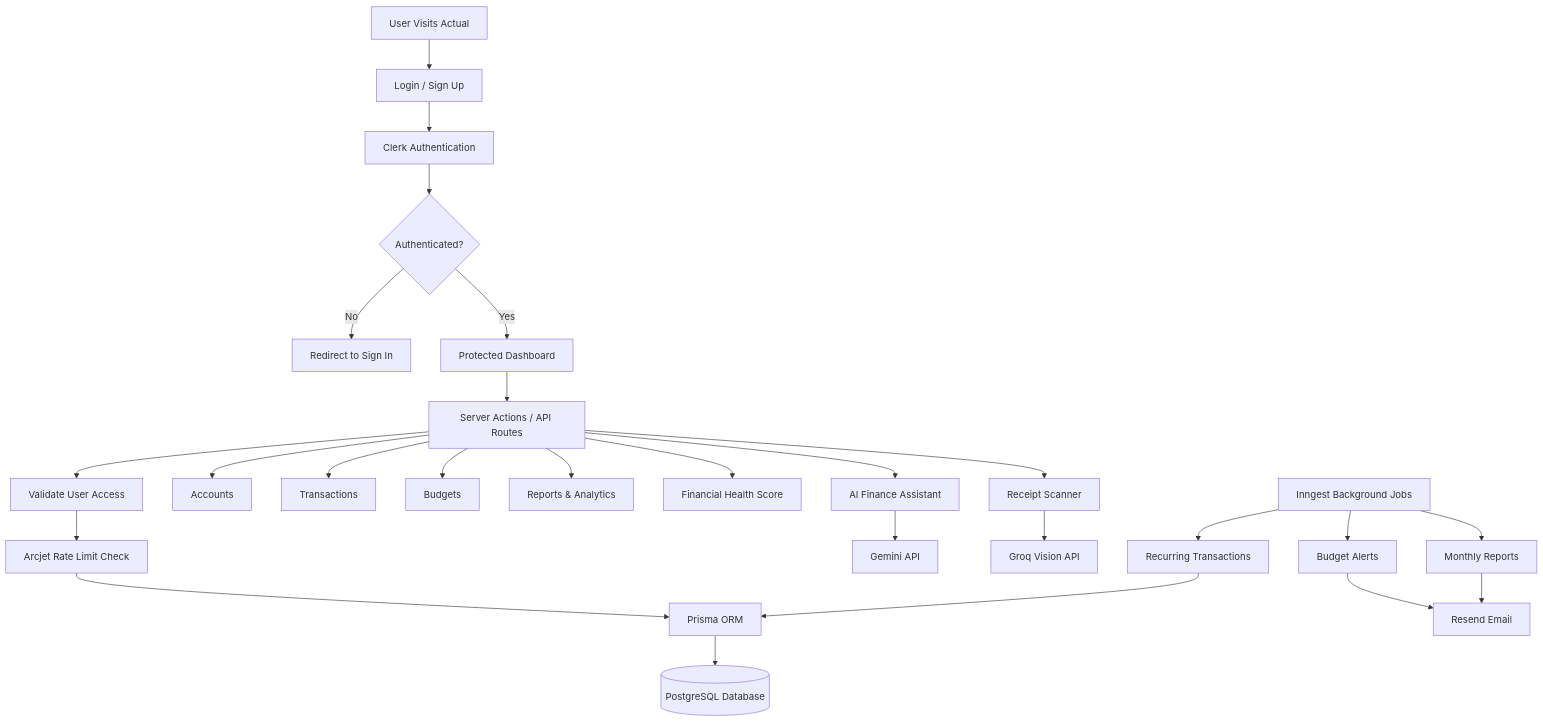
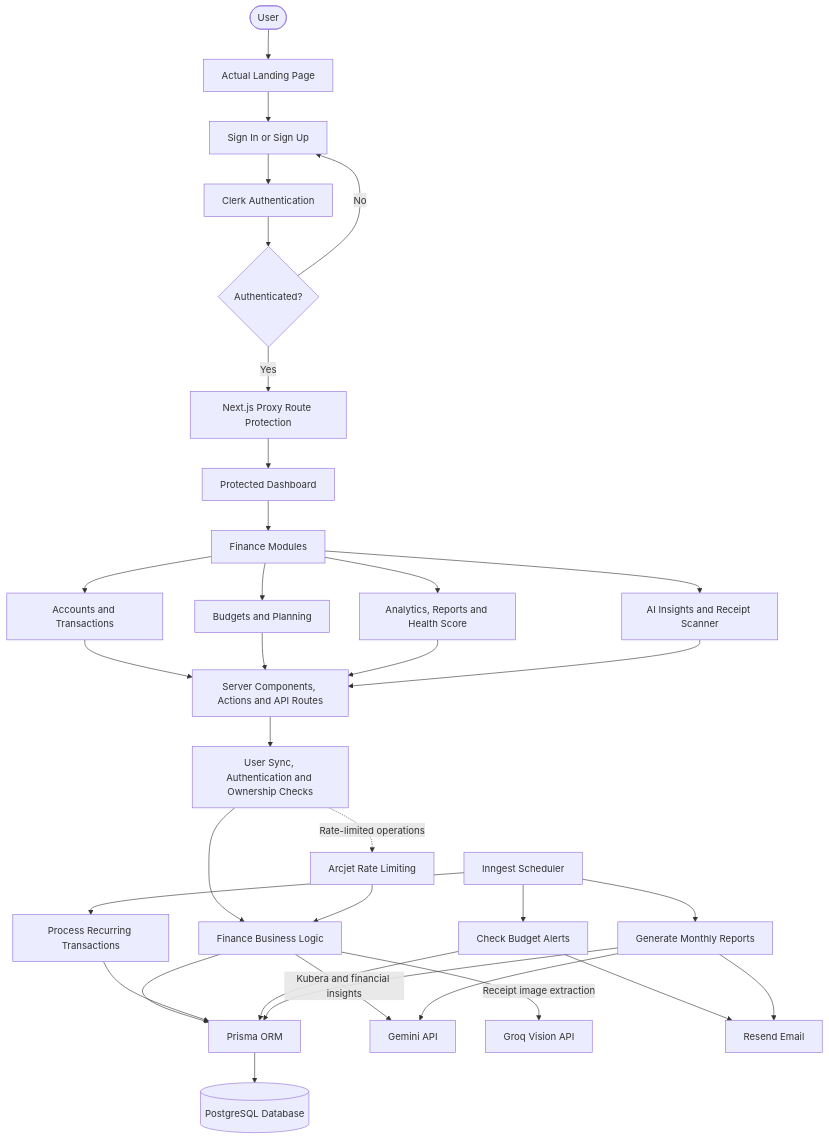
One commit to debarghya131/Actual changed the first of 5 diagrams in README.md. Above: the diagram before and after it, drawn with Mermaid. The commit also changed other lines of this file, not shown here.

Commit message:
docs: enhance README diagrams, structure, ERD, and author section

````diff
--- a/README.md
+++ b/README.md
@@ -99,32 +64,43 @@
 ```mermaid
-flowchart TD
-    A[User Visits Actual] --> B[Login / Sign Up]
-    B --> C[Clerk Authentication]
-    C --> D{Authenticated?}
-    D -->|No| E[Redirect to Sign In]
-    D -->|Yes| F[Protected Dashboard]
+flowchart TB
+    USER([User]) --> LANDING[Actual Landing Page]
+    LANDING --> LOGIN[Sign In or Sign Up]
+    LOGIN --> CLERK[Clerk Authentication]
+    CLERK --> ACCESS{Authenticated?}
+    ACCESS -->|No| LOGIN
+    ACCESS -->|Yes| PROXY[Next.js Proxy Route Protection]
+    PROXY --> DASHBOARD[Protected Dashboard]
 
-    F --> G[Server Actions / API Routes]
-    G --> H[Validate User Access]
-    H --> I[Arcjet Rate Limit Check]
-    I --> J[Prisma ORM]
-    J --> K[(PostgreSQL Database)]
+    DASHBOARD --> MODULES[Finance Modules]
+    MODULES --> ACCOUNTS[Accounts and Transactions]
+    MODULES --> BUDGETS[Budgets and Planning]
+    MODULES --> ANALYTICS[Analytics, Reports and Health Score]
+    MODULES --> AI[AI Insights and Receipt Scanner]
 
-    G --> L[Accounts]
-    G --> M[Transactions]
-    G --> N[Budgets]
-    G --> O[Reports & Analytics]
-    G --> P[Financial Health Score]
-    G --> Q[AI Finance Assistant]
-    G --> R[Receipt Scanner]
+    ACCOUNTS --> SERVER[Server Components, Actions and API Routes]
+    BUDGETS --> SERVER
+    ANALYTICS --> SERVER
+    AI --> SERVER
 
-    Q --> S[Gemini API]
-    R --> T[Groq Vision API]
+    SERVER --> AUTHZ[User Sync, Authentication and Ownership Checks]
+    AUTHZ --> LOGIC[Finance Business Logic]
+    AUTHZ -. Rate-limited operations .-> ARCJET[Arcjet Rate Limiting]
+    ARCJET --> LOGIC
 
-    U[Inngest Background Jobs] --> V[Recurring Transactions]
-    U --> W[Budget Alerts]
-    U --> X[Monthly Reports]
-    V --> J
-    W --> Y[Resend Email]
-    X --> Y
+    LOGIC --> PRISMA[Prisma ORM]
+    PRISMA --> DATABASE[(PostgreSQL Database)]
+
+    LOGIC -->|Kubera and financial insights| GEMINI[Gemini API]
+    LOGIC -->|Receipt image extraction| GROQ[Groq Vision API]
+
+    INNGEST[Inngest Scheduler] --> RECURRING[Process Recurring Transactions]
+    INNGEST --> ALERTS[Check Budget Alerts]
+    INNGEST --> REPORTS[Generate Monthly Reports]
+
+    RECURRING --> PRISMA
+    ALERTS --> PRISMA
+    REPORTS --> PRISMA
+    REPORTS --> GEMINI
+    ALERTS --> RESEND[Resend Email]
+    REPORTS --> RESEND
 ```
````
